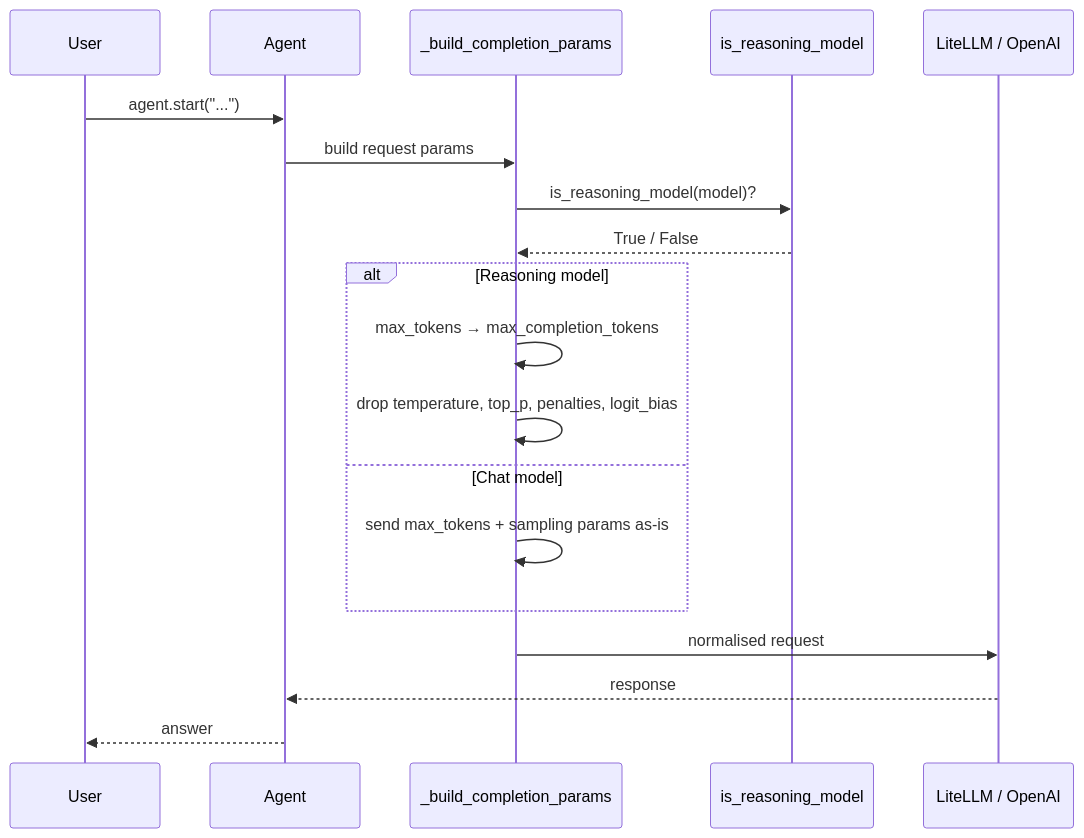
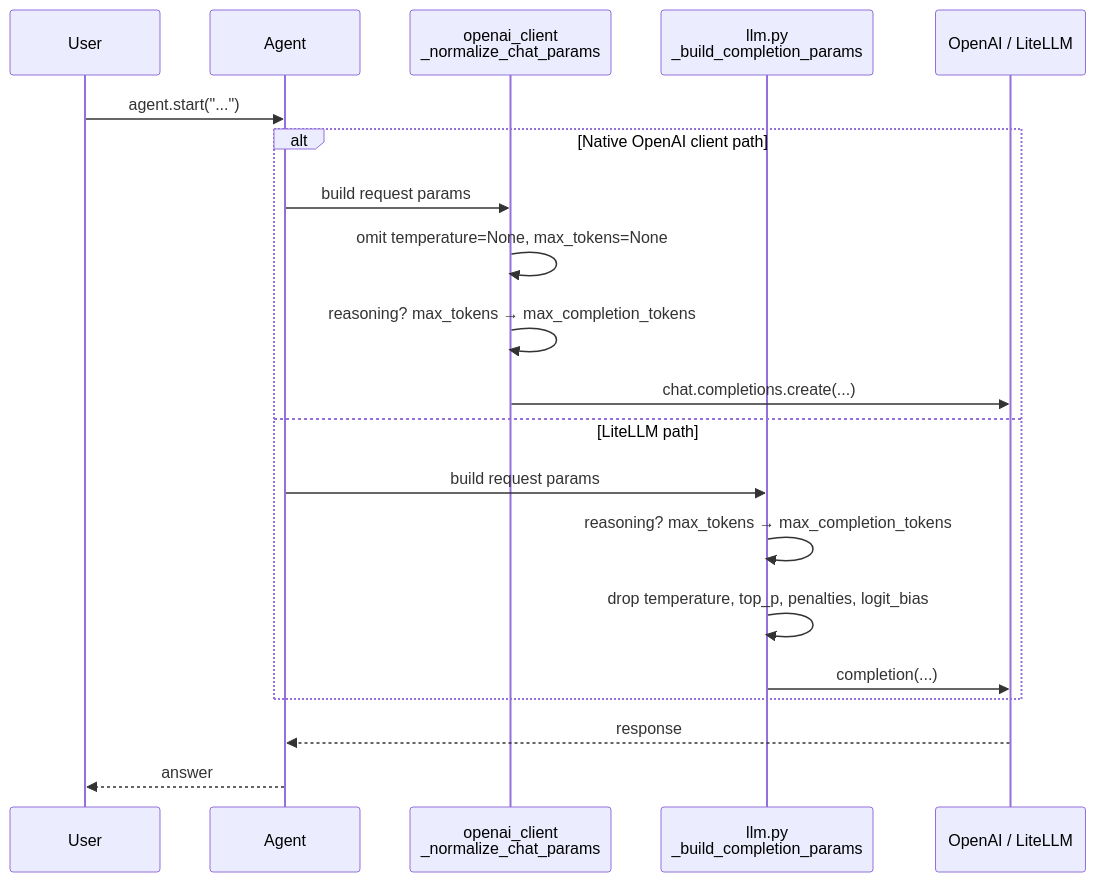
One commit to MervinPraison/PraisonAIDocs changed the second of 3 diagrams in docs/features/reasoning-models.mdx. Above: the diagram before and after it, drawn with Mermaid. The commit also changed other lines of this file and 1 other file, not shown here.

Commit message:
fix: document native OpenAI client reasoning-model param normalization from PR #5910 (fixes #4637)

````diff
--- a/docs/features/reasoning-models.mdx
+++ b/docs/features/reasoning-models.mdx
@@ -73,22 +73,23 @@
 ```mermaid
 sequenceDiagram
     participant User
     participant Agent
-    participant Params as _build_completion_params
-    participant Detect as is_reasoning_model
-    participant LLM as LiteLLM / OpenAI
+    participant Native as openai_client<br/>_normalize_chat_params
+    participant LiteLLMPath as llm.py<br/>_build_completion_params
+    participant LLM as OpenAI / LiteLLM
 
     User->>Agent: agent.start("...")
-    Agent->>Params: build request params
-    Params->>Detect: is_reasoning_model(model)?
-    Detect-->>Params: True / False
-    alt Reasoning model
-        Params->>Params: max_tokens → max_completion_tokens
-        Params->>Params: drop temperature, top_p, penalties, logit_bias
-    else Chat model
-        Params->>Params: send max_tokens + sampling params as-is
+    alt Native OpenAI client path
+        Agent->>Native: build request params
+        Native->>Native: omit temperature=None, max_tokens=None
+        Native->>Native: reasoning? max_tokens → max_completion_tokens
+        Native->>LLM: chat.completions.create(...)
+    else LiteLLM path
+        Agent->>LiteLLMPath: build request params
+        LiteLLMPath->>LiteLLMPath: reasoning? max_tokens → max_completion_tokens
+        LiteLLMPath->>LiteLLMPath: drop temperature, top_p, penalties, logit_bias
+        LiteLLMPath->>LLM: completion(...)
     end
-    Params->>LLM: normalised request
     LLM-->>Agent: response
     Agent-->>User: answer
 ```
````
